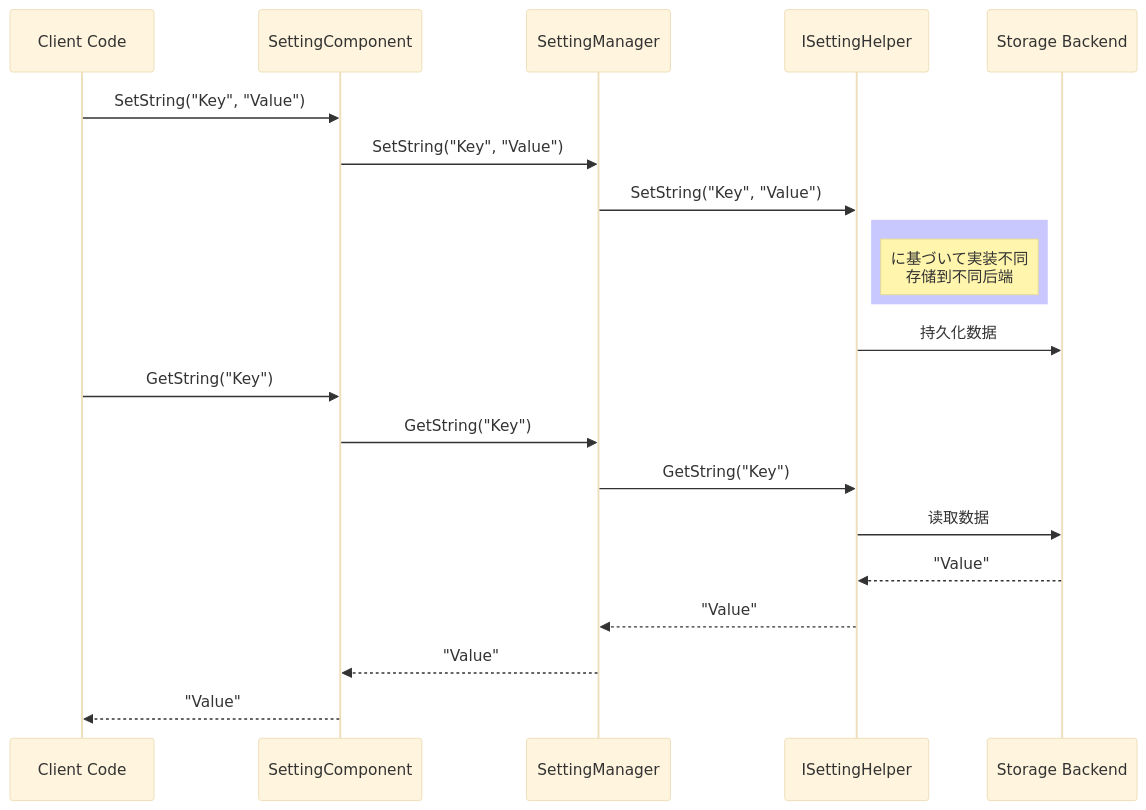
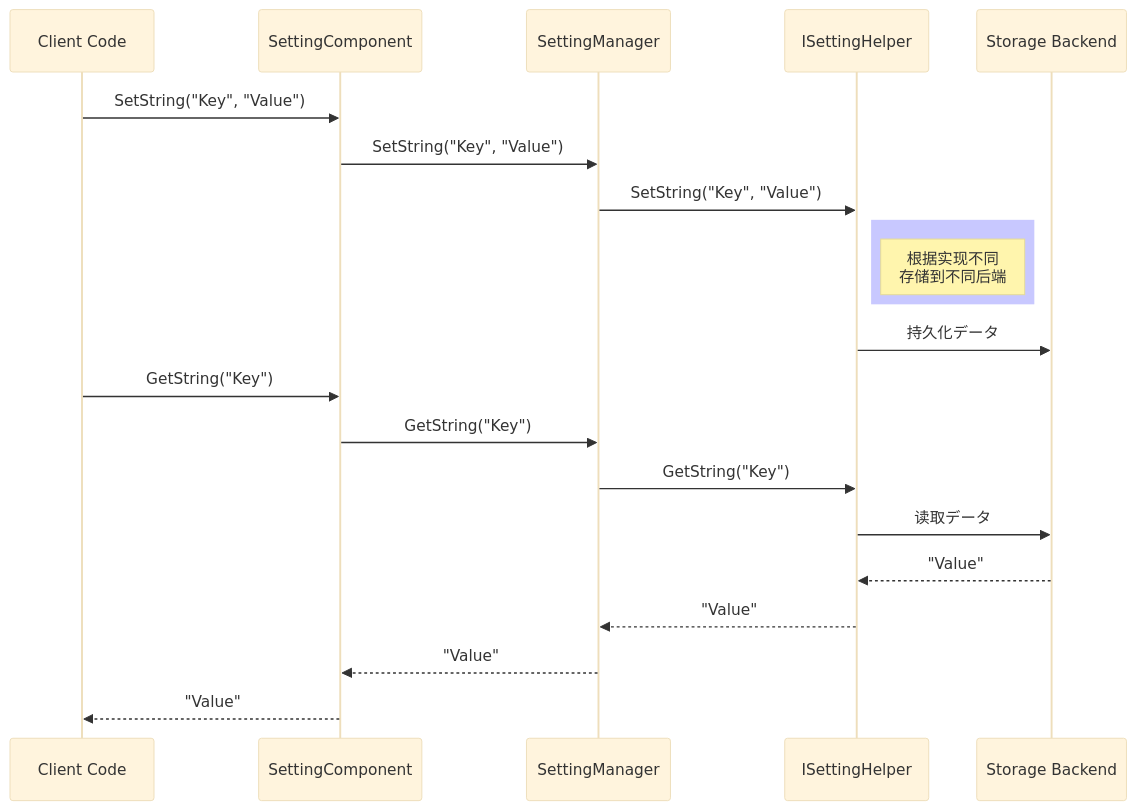
One commit to AlianBlank/GameFrameX.Docs changed the second of 2 diagrams in docs/ja/client/unity/component/setting/07.api-reference.md. Above: the diagram before and after it, drawn with Mermaid (base theme). The commit also changed other lines of this file and 320 other files, not shown here.

````diff
--- a/docs/ja/client/unity/component/setting/07.api-reference.md
+++ b/docs/ja/client/unity/component/setting/07.api-reference.md
@@ -730,27 +730,27 @@
 ```mermaid
 sequenceDiagram
     participant C as Client Code
     participant SC as SettingComponent
     participant SM as SettingManager
     participant SH as ISettingHelper
     participant Storage as Storage Backend
 
     C->>SC: SetString("Key", "Value")
     SC->>SM: SetString("Key", "Value")
     SM->>SH: SetString("Key", "Value")
 
     rect rgb(200, 200, 255)
-    note right of SH: に基づいて実装不同<br/>存储到不同后端
+    note right of SH: 根据实现不同<br/>存储到不同后端
     end
 
-    SH->>Storage: 持久化数据
+    SH->>Storage: 持久化データ
 
     C->>SC: GetString("Key")
     SC->>SM: GetString("Key")
     SM->>SH: GetString("Key")
-    SH->>Storage: 读取数据
+    SH->>Storage: 读取データ
     Storage-->>SH: "Value"
     SH-->>SM: "Value"
     SM-->>SC: "Value"
     SC-->>C: "Value"
 ```
````
